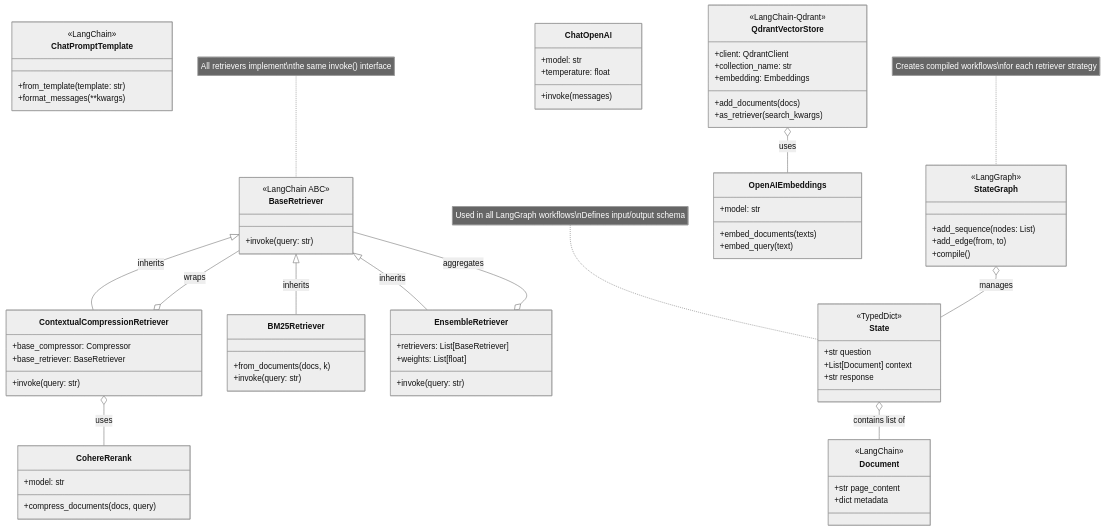
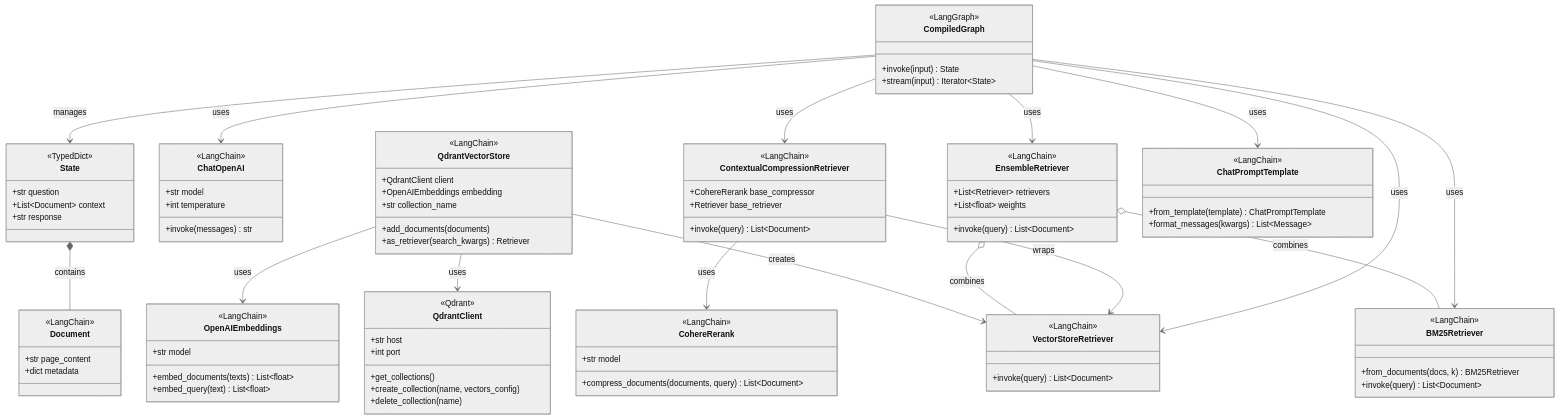
Before and after one commit to aie8-cert-challenge/gdelt-knowledge-base: the third of 5 diagrams in architecture/diagrams/02_architecture_diagrams.md, drawn with Mermaid (neutral theme). The commit also changed other lines of this file and 31 other files, not shown here.

````diff
--- a/architecture/diagrams/02_architecture_diagrams.md
+++ b/architecture/diagrams/02_architecture_diagrams.md
@@ -399,7 +256,7 @@
     class State {
         <<TypedDict>>
         +str question
-        +List[Document] context
+        +List~Document~ context
         +str response
     }
 
@@ -409,82 +266,95 @@
         +dict metadata
     }
 
-    class ChatPromptTemplate {
+    class ChatOpenAI {
         <<LangChain>>
-        +from_template(template: str)
-        +format_messages(**kwargs)
+        +str model
+        +int temperature
+        +invoke(messages) str
     }
 
-    class StateGraph {
-        <<LangGraph>>
-        +add_sequence(nodes: List)
-        +add_edge(from, to)
-        +compile()
+    class OpenAIEmbeddings {
+        <<LangChain>>
+        +str model
+        +embed_documents(texts) List~float~
+        +embed_query(text) List~float~
+    }
+
+    class QdrantClient {
+        <<Qdrant>>
+        +str host
+        +int port
+        +get_collections()
+        +create_collection(name, vectors_config)
+        +delete_collection(name)
     }
 
     class QdrantVectorStore {
-        <<LangChain-Qdrant>>
-        +client: QdrantClient
-        +collection_name: str
-        +embedding: Embeddings
-        +add_documents(docs)
-        +as_retriever(search_kwargs)
+        <<LangChain>>
+        +QdrantClient client
+        +OpenAIEmbeddings embedding
+        +str collection_name
+        +add_documents(documents)
+        +as_retriever(search_kwargs) Retriever
     }
 
-    class BaseRetriever {
-        <<LangChain ABC>>
-        +invoke(query: str)
+    class VectorStoreRetriever {
+        <<LangChain>>
+        +invoke(query) List~Document~
     }
 
     class BM25Retriever {
-        +from_documents(docs, k)
-        +invoke(query: str)
+        <<LangChain>>
+        +from_documents(docs, k) BM25Retriever
+        +invoke(query) List~Document~
     }
 
     class EnsembleRetriever {
-        +retrievers: List[BaseRetriever]
-        +weights: List[float]
-        +invoke(query: str)
+        <<LangChain>>
+        +List~Retriever~ retrievers
+        +List~float~ weights
+        +invoke(query) List~Document~
     }
 
     class ContextualCompressionRetriever {
-        +base_compressor: Compressor
-        +base_retriever: BaseRetriever
-        +invoke(query: str)
+        <<LangChain>>
+        +CohereRerank base_compressor
+        +Retriever base_retriever
+        +invoke(query) List~Document~
     }
 
     class CohereRerank {
-        +model: str
-        +compress_documents(docs, query)
+        <<LangChain>>
+        +str model
+        +compress_documents(documents, query) List~Document~
     }
 
-    class ChatOpenAI {
-        +model: str
-        +temperature: float
-        +invoke(messages)
+    class CompiledGraph {
+        <<LangGraph>>
+        +invoke(input) State
+        +stream(input) Iterator~State~
     }
 
-    class OpenAIEmbeddings {
-        +model: str
-        +embed_documents(texts)
-        +embed_query(text)
+    class ChatPromptTemplate {
+        <<LangChain>>
+        +from_template(template) ChatPromptTemplate
+        +format_messages(kwargs) List~Message~
     }
 
-    State o-- Document : contains list of
-
-    BaseRetriever <|-- BM25Retriever : inherits
-    BaseRetriever <|-- EnsembleRetriever : inherits
-    BaseRetriever <|-- ContextualCompressionRetriever : inherits
-
-    EnsembleRetriever o-- BaseRetriever : aggregates
-    ContextualCompressionRetriever o-- BaseRetriever : wraps
-    ContextualCompressionRetriever o-- CohereRerank : uses
-
-    QdrantVectorStore o-- OpenAIEmbeddings : uses
-
-    StateGraph o-- State : manages
-
-    note for State "Used in all LangGraph workflows\nDefines input/output schema"
-    note for BaseRetriever "All retrievers implement\nthe same invoke() interface"
-    note for StateGraph "Creates compiled workflows\nfor each retriever strategy"
+    %% Relationships
+    State *-- Document : contains
+    QdrantVectorStore --> QdrantClient : uses
+    QdrantVectorStore --> OpenAIEmbeddings : uses
+    QdrantVectorStore --> VectorStoreRetriever : creates
+    EnsembleRetriever o-- VectorStoreRetriever : combines
+    EnsembleRetriever o-- BM25Retriever : combines
+    ContextualCompressionRetriever --> VectorStoreRetriever : wraps
+    ContextualCompressionRetriever --> CohereRerank : uses
+    CompiledGraph --> VectorStoreRetriever : uses
+    CompiledGraph --> BM25Retriever : uses
+    CompiledGraph --> EnsembleRetriever : uses
+    CompiledGraph --> ContextualCompressionRetriever : uses
+    CompiledGraph --> ChatOpenAI : uses
+    CompiledGraph --> ChatPromptTemplate : uses
+    CompiledGraph --> State : manages
 ```
````
